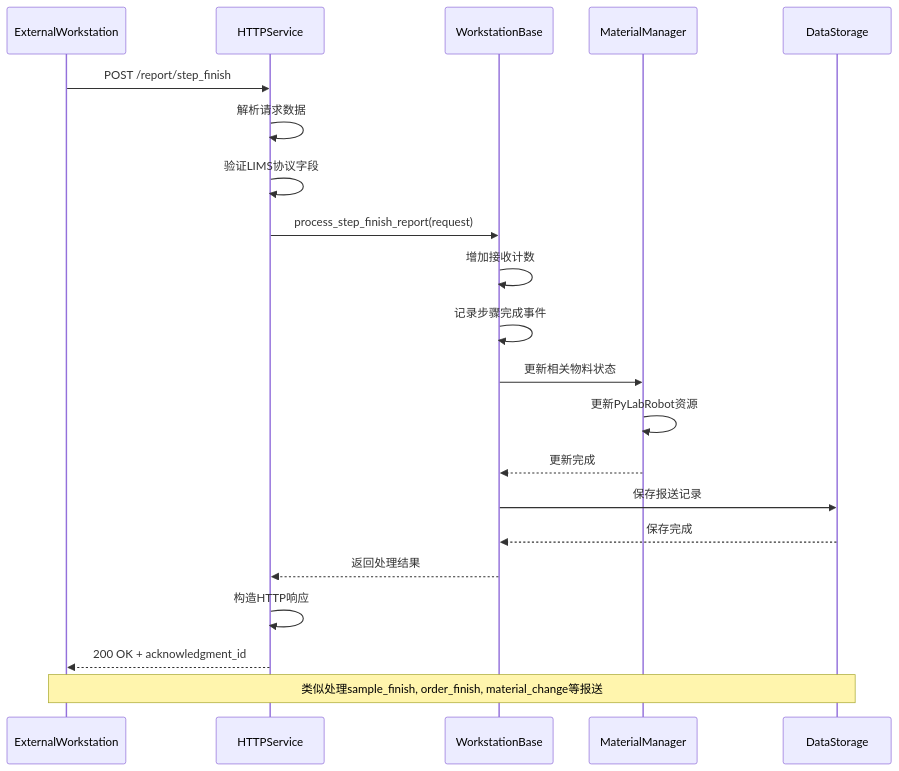
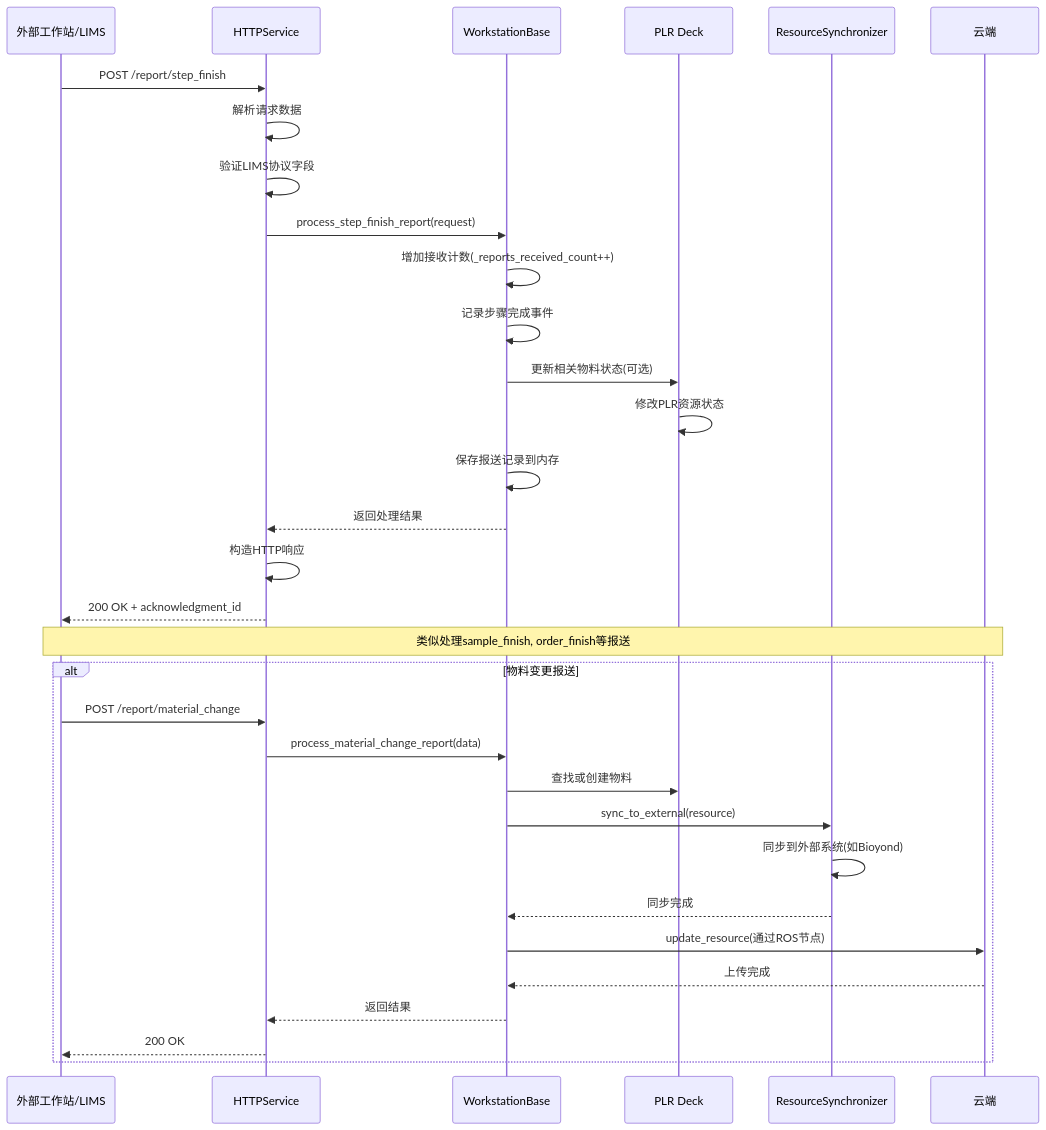
One commit to dptech-corp/Uni-Lab-OS changed the seventh of 8 diagrams in docs/developer_guide/workstation_architecture.md. Above: the diagram before and after it, drawn with Mermaid. The commit also changed other lines of this file and 23 other files, not shown here.

````diff
--- a/docs/developer_guide/workstation_architecture.md
+++ b/docs/developer_guide/workstation_architecture.md
@@ -227,28 +411,40 @@
-```mermaid
+```{mermaid}
 sequenceDiagram
-    participant EXT as ExternalWorkstation
+    participant EXT as 外部工作站/LIMS
     participant HTTP as HTTPService
     participant WS as WorkstationBase
-    participant MAT as MaterialManager
-    participant DB as DataStorage
-    
+    participant DECK as PLR Deck
+    participant SYNC as ResourceSynchronizer
+    participant CLOUD as 云端
+  
     EXT->>HTTP: POST /report/step_finish
     HTTP->>HTTP: 解析请求数据
     HTTP->>HTTP: 验证LIMS协议字段
     HTTP->>WS: process_step_finish_report(request)
-    
-    WS->>WS: 增加接收计数
+  
+    WS->>WS: 增加接收计数(_reports_received_count++)
     WS->>WS: 记录步骤完成事件
-    WS->>MAT: 更新相关物料状态
-    MAT->>MAT: 更新PyLabRobot资源
-    MAT-->>WS: 更新完成
-    
-    WS->>DB: 保存报送记录
-    DB-->>WS: 保存完成
-    
+    WS->>DECK: 更新相关物料状态(可选)
+    DECK->>DECK: 修改PLR资源状态
+  
+    WS->>WS: 保存报送记录到内存
+  
     WS-->>HTTP: 返回处理结果
     HTTP->>HTTP: 构造HTTP响应
     HTTP-->>EXT: 200 OK + acknowledgment_id
-    
-    Note over EXT,DB: 类似处理sample_finish, order_finish, material_change等报送
+  
+    Note over EXT,CLOUD: 类似处理sample_finish, order_finish等报送
+  
+    alt 物料变更报送
+        EXT->>HTTP: POST /report/material_change
+        HTTP->>WS: process_material_change_report(data)
+        WS->>DECK: 查找或创建物料
+        WS->>SYNC: sync_to_external(resource)
+        SYNC->>SYNC: 同步到外部系统(如Bioyond)
+        SYNC-->>WS: 同步完成
+        WS->>CLOUD: update_resource(通过ROS节点)
+        CLOUD-->>WS: 上传完成
+        WS-->>HTTP: 返回结果
+        HTTP-->>EXT: 200 OK
+    end
 ```
````
